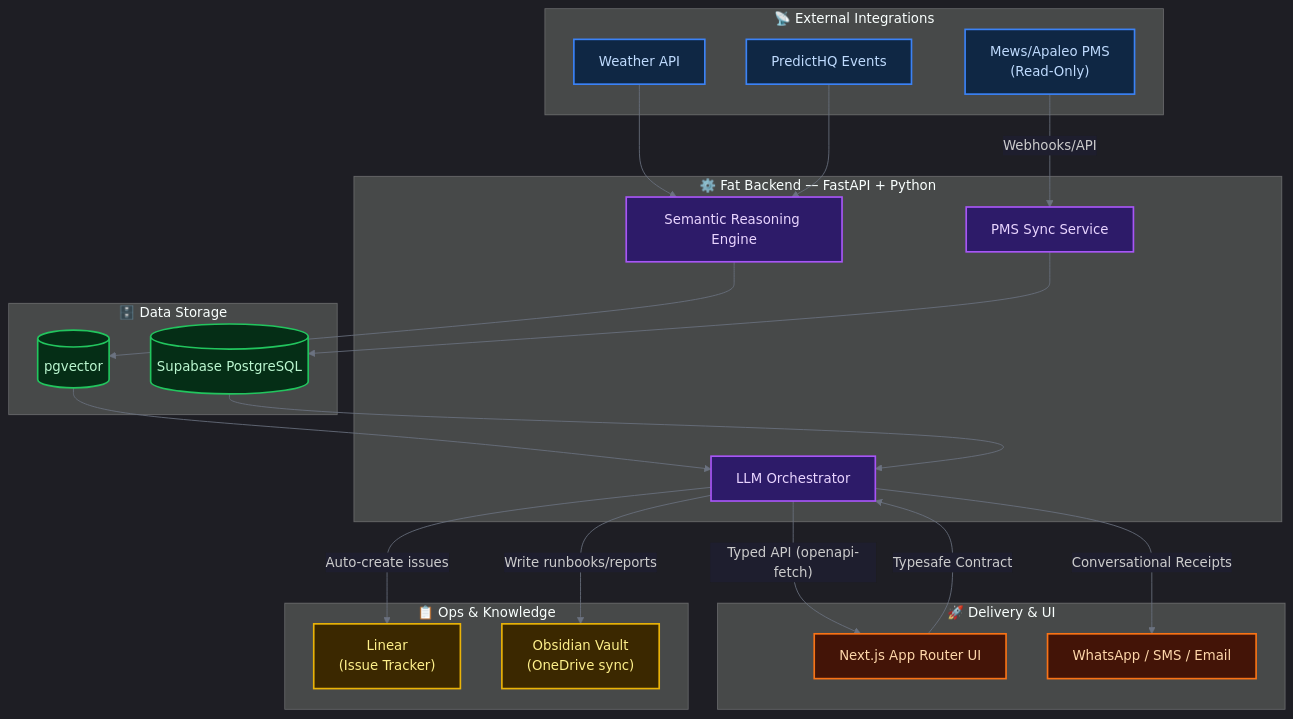
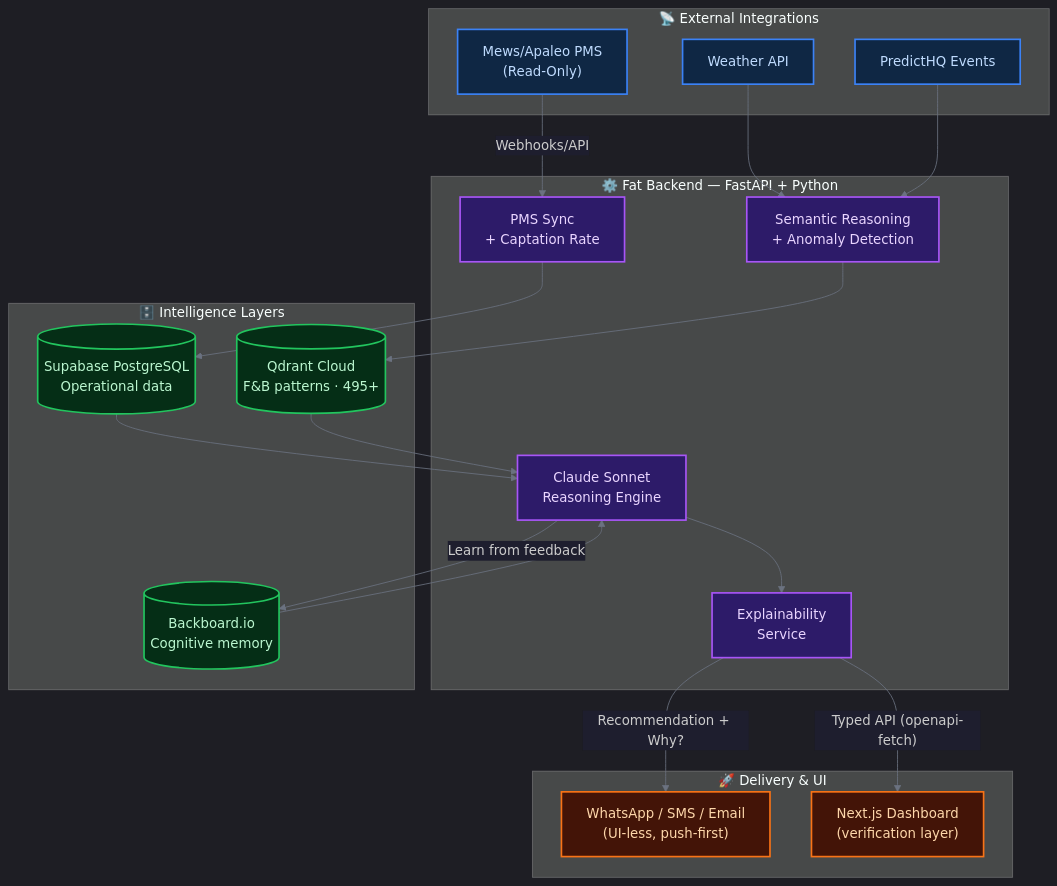
One commit to IvandeMurard/Hospitality-Operations-Agentic-AI-B2B changed the diagram in README.md. Above: the diagram before and after it, drawn with Mermaid. The commit also changed other lines of this file and 1 other file, not shown here.

Commit message:
docs: surface hidden architecture (Backboard memory layer, captation, explainability)
The repo failed to communicate its own architecture to external readers (LLMs or
recruiters) — a 'with context' vs 'without context' gap. Fixes:

- README: new architecture diagram surfaces 4 intelligence layers explicitly:
  Prophet (forecast) + Qdrant (patterns) + Backboard.io (cognitive memory) +
  Claude Sonnet (reasoning). Replaces misleading 'pgvector' reference with
  actual production stack. Adds 'Four Intelligence Layers' table.
  Tech stack table updated to include Backboard, Prophet, and correct
  Frontend role ('verification layer', not primary surface).
  captation_service and explainability_service now visible in feature descriptions.
- CLAUDE.md: Backboard.io added to stack table with role context.
  BACKBOARD_API_KEY added to required env vars. Qdrant description clarified.
  Frontend description corrected to 'couche vérification (thin)'.

Principle: the repo should communicate identical understanding with or without
CLAUDE.md context. Any architectural component that exists in code must be
documented in the surface layer.

https://claude.ai/code/session_01NphD3XTnSFPgQAfHh4zebP

````diff
--- a/README.md
+++ b/README.md
@@ -88,55 +88,50 @@
 ```mermaid
 %%{init: {'theme': 'dark', 'themeVariables': {'edgeLabelBackground': '#1e1e2e', 'lineColor': '#6b7280'}}}%%
 graph TD
     subgraph EXT["📡 External Integrations"]
         PMS["Mews/Apaleo PMS\n(Read-Only)"]
         Weather["Weather API"]
         Events["PredictHQ Events"]
     end
 
     subgraph BACK["⚙️ Fat Backend — FastAPI + Python"]
-        Sync["PMS Sync Service"]
-        Semantic["Semantic Reasoning Engine"]
-        RAG["LLM Orchestrator"]
+        Sync["PMS Sync\n+ Captation Rate"]
+        Semantic["Semantic Reasoning\n+ Anomaly Detection"]
+        RAG["Claude Sonnet\nReasoning Engine"]
+        Explain["Explainability\nService"]
     end
 
-    subgraph DATA["🗄️ Data Storage"]
-        DB[("Supabase PostgreSQL")]
-        Vector[("pgvector")]
+    subgraph DATA["🗄️ Intelligence Layers"]
+        DB[("Supabase PostgreSQL\nOperational data")]
+        Vector[("Qdrant Cloud\nF&B patterns · 495+")]
+        Memory[("Backboard.io\nCognitive memory")]
     end
 
     subgraph DELIVERY["🚀 Delivery & UI"]
-        Frontend["Next.js App Router UI"]
-        Push["WhatsApp / SMS / Email"]
-    end
-
-    subgraph OPS["📋 Ops & Knowledge"]
-        Linear["Linear\n(Issue Tracker)"]
-        Obsidian["Obsidian Vault\n(OneDrive sync)"]
+        Push["WhatsApp / SMS / Email\n(UI-less, push-first)"]
+        Frontend["Next.js Dashboard\n(verification layer)"]
     end
 
     PMS -- "Webhooks/API" --> Sync
     Weather --> Semantic
     Events --> Semantic
     Sync --> DB
     Semantic --> Vector
+    DB --> RAG
     Vector --> RAG
-    DB --> RAG
-    RAG -- "Conversational Receipts" --> Push
-    RAG -- "Typed API (openapi-fetch)" --> Frontend
-    Frontend -- "Typesafe Contract" --> RAG
-    RAG -- "Auto-create issues" --> Linear
-    RAG -- "Write runbooks/reports" --> Obsidian
+    Memory --> RAG
+    RAG --> Explain
+    Explain -- "Recommendation + Why?" --> Push
+    Explain -- "Typed API (openapi-fetch)" --> Frontend
+    RAG -- "Learn from feedback" --> Memory
 
     classDef external  fill:#0f2744,stroke:#3b82f6,stroke-width:2px,color:#bfdbfe
     classDef backend   fill:#2d1b69,stroke:#a855f7,stroke-width:2px,color:#e9d5ff
     classDef db        fill:#052e16,stroke:#22c55e,stroke-width:2px,color:#bbf7d0
     classDef delivery  fill:#431407,stroke:#f97316,stroke-width:2px,color:#fed7aa
-    classDef ops       fill:#3b2800,stroke:#eab308,stroke-width:2px,color:#fef08a
 
     class PMS,Weather,Events external
-    class Sync,Semantic,RAG backend
-    class DB,Vector db
-    class Frontend,Push delivery
-    class Linear,Obsidian ops
+    class Sync,Semantic,RAG,Explain backend
+    class DB,Vector,Memory db
+    class Push,Frontend delivery
 ```
````
